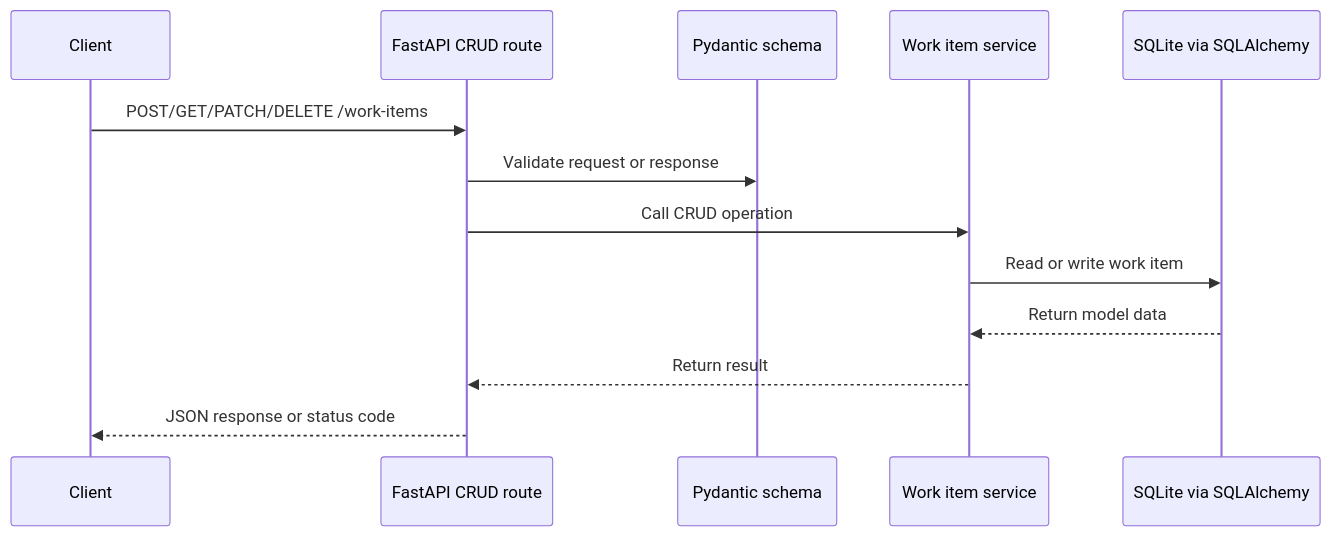
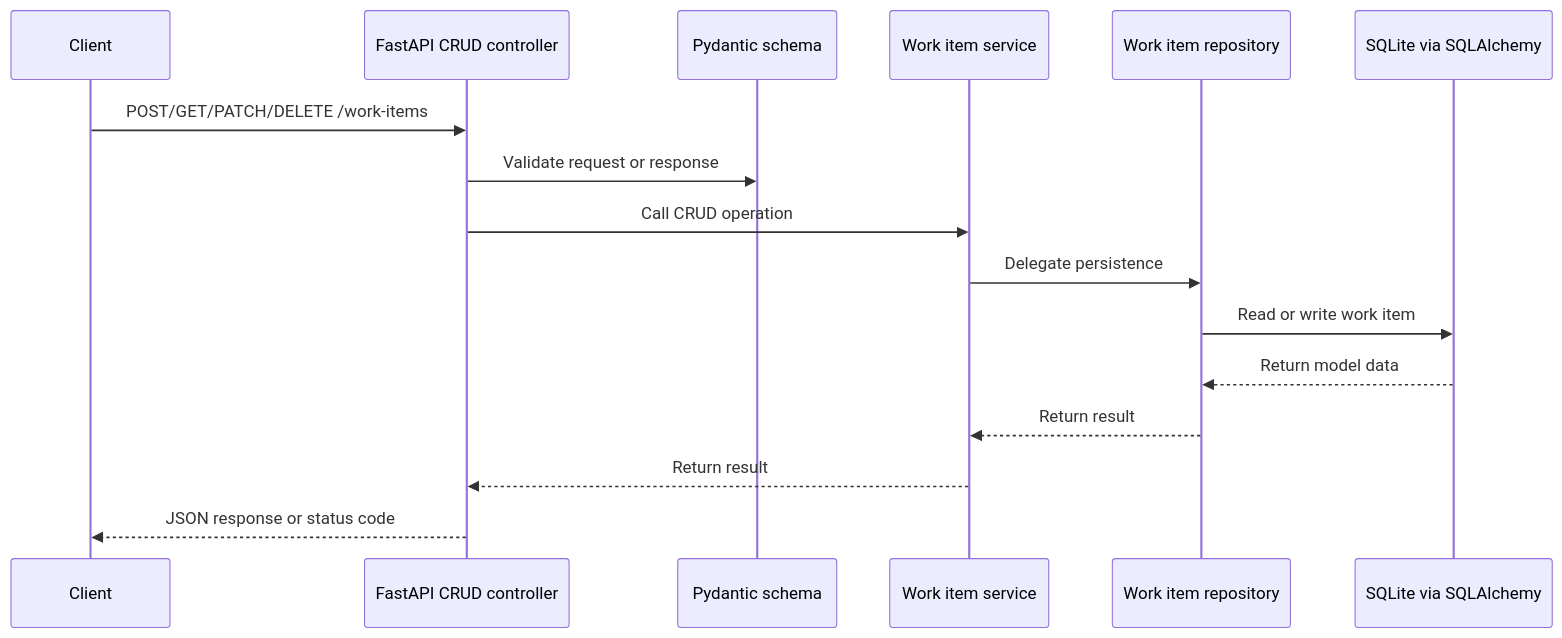
The second of 3 diagrams in docs/architecture.md (andredemari/micro-api-work-items), drawn with Mermaid before and after one commit. The commit also changed other lines of this file and 6 other files, not shown here.

Commit message:
refactor: align controllers with course architecture

````diff
--- a/docs/architecture.md
+++ b/docs/architecture.md
@@ -42,16 +46,19 @@
 ```mermaid
 sequenceDiagram
     participant Client
-    participant API as FastAPI CRUD route
+    participant API as FastAPI CRUD controller
     participant Schema as Pydantic schema
     participant Service as Work item service
+    participant Repo as Work item repository
     participant DB as SQLite via SQLAlchemy
 
     Client->>API: POST/GET/PATCH/DELETE /work-items
     API->>Schema: Validate request or response
     API->>Service: Call CRUD operation
-    Service->>DB: Read or write work item
-    DB-->>Service: Return model data
+    Service->>Repo: Delegate persistence
+    Repo->>DB: Read or write work item
+    DB-->>Repo: Return model data
+    Repo-->>Service: Return result
     Service-->>API: Return result
     API-->>Client: JSON response or status code
 ```
````
